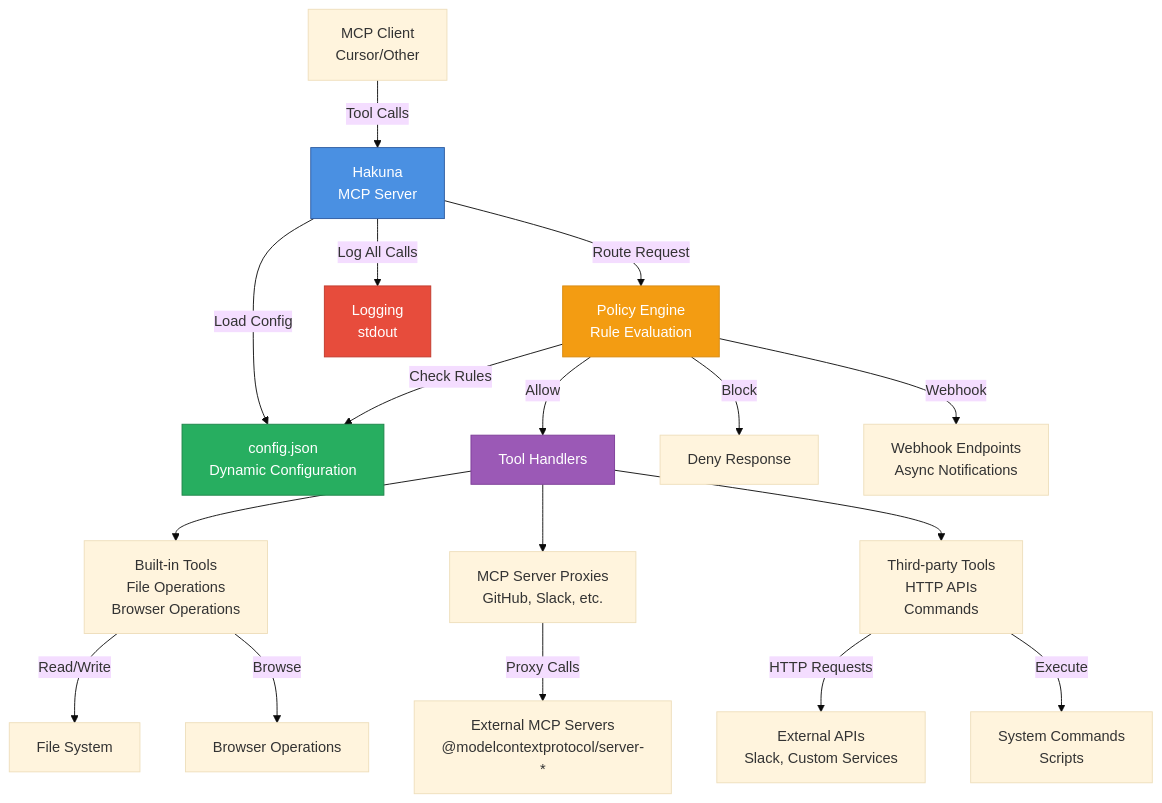
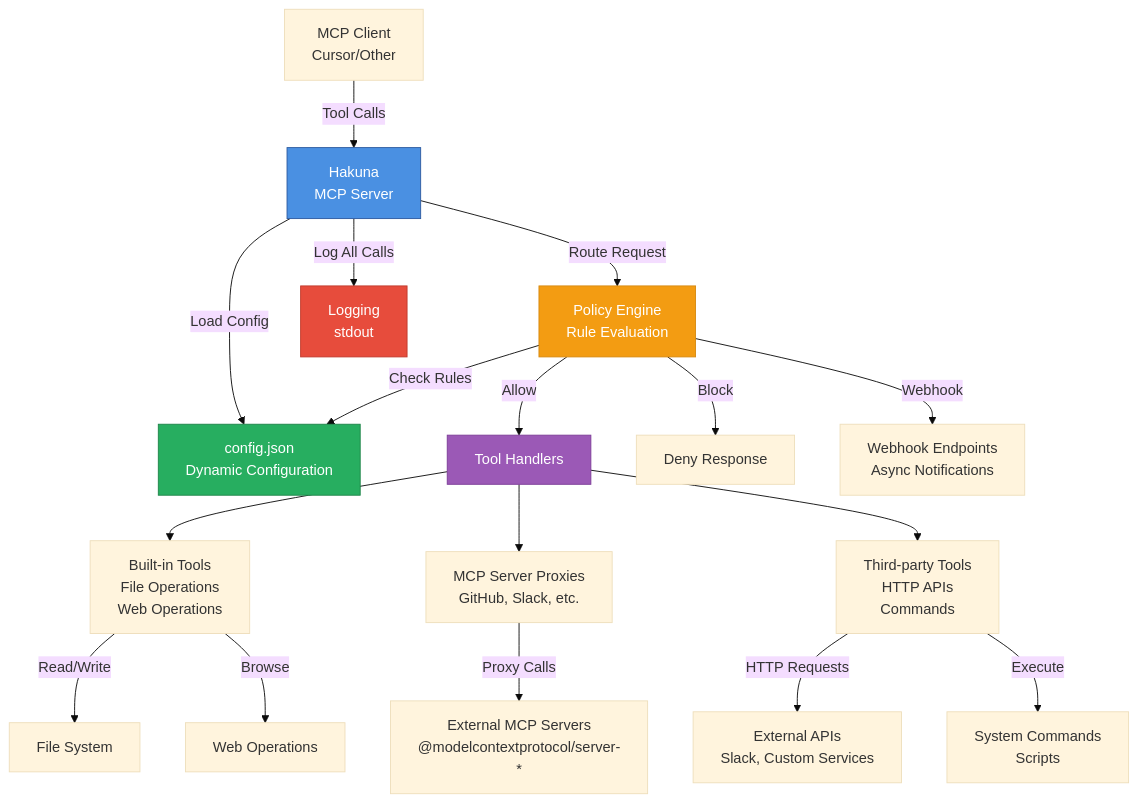
The diagram in README.md (MrAnde7son/emseepee), drawn with Mermaid (base theme) before and after one commit. The commit also changed other lines of this file and 12 other files, not shown here.

````diff
--- a/README.md
+++ b/README.md
@@ -18,32 +18,32 @@
 ```mermaid
 graph TB
     Client[MCP Client<br/>Cursor/Other] -->|Tool Calls| Gateway[Hakuna<br/>MCP Server]
     Gateway -->|Load Config| Config[config.json<br/>Dynamic Configuration]
     
     Gateway -->|Route Request| Policy[Policy Engine<br/>Rule Evaluation]
     Policy -->|Check Rules| Config
     
     Policy -->|Allow| Handlers[Tool Handlers]
     Policy -->|Block| Response[Deny Response]
     
-    Handlers --> BuiltIn[Built-in Tools<br/>File Operations<br/>Browser Operations]
+    Handlers --> BuiltIn[Built-in Tools<br/>File Operations<br/>Web Operations]
     Handlers --> MCPProxy[MCP Server Proxies<br/>GitHub, Slack, etc.]
     Handlers --> ThirdParty[Third-party Tools<br/>HTTP APIs<br/>Commands]
     
     MCPProxy -->|Proxy Calls| ExternalMCP[External MCP Servers<br/>@modelcontextprotocol/server-*]
     ThirdParty -->|HTTP Requests| ExternalAPI[External APIs<br/>Slack, Custom Services]
     ThirdParty -->|Execute| Commands[System Commands<br/>Scripts]
     
     BuiltIn -->|Read/Write| FileSystem[File System]
-    BuiltIn -->|Browse| Browser[Browser Operations]
+    BuiltIn -->|Browse| Web[Web Operations]
     
     Gateway -->|Log All Calls| Logger[Logging<br/>stdout]
     
     Policy -->|Webhook| Webhook[Webhook Endpoints<br/>Async Notifications]
     
     style Gateway fill:#4a90e2,stroke:#2c5aa0,color:#fff
     style Policy fill:#f39c12,stroke:#d68910,color:#fff
     style Config fill:#27ae60,stroke:#1e8449,color:#fff
     style Handlers fill:#9b59b6,stroke:#7d3c98,color:#fff
     style Logger fill:#e74c3c,stroke:#c0392b,color:#fff
 ```
````
